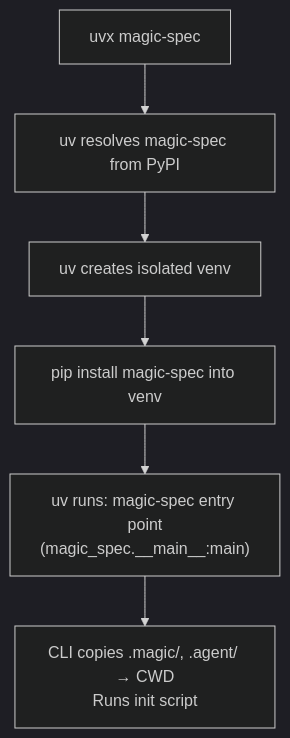
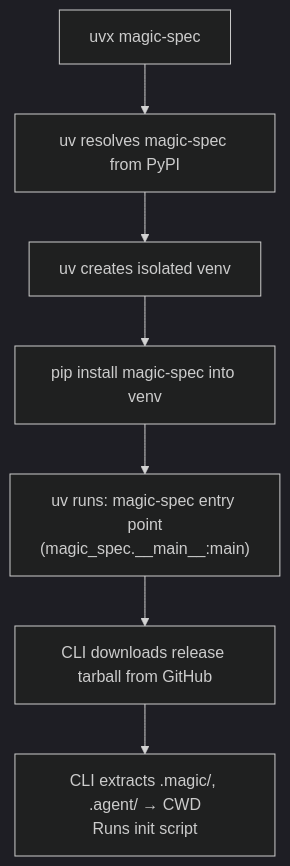
Before and after one commit to teratron/magic-spec: the first of 2 diagrams in .design/specifications/distribution-pypi.md, drawn with Mermaid (dark theme). The commit also changed other lines of this file and 11 other files, not shown here.

Commit message:
docs: introduce comprehensive design specifications for the installer, architecture, and project documentation.

````diff
--- a/.design/specifications/distribution-pypi.md
+++ b/.design/specifications/distribution-pypi.md
@@ -81,8 +89,9 @@
 ```mermaid
 graph TD
     A["uvx magic-spec"] --> B["uv resolves magic-spec from PyPI"]
     B --> C["uv creates isolated venv"]
     C --> D["pip install magic-spec into venv"]
     D --> E["uv runs: magic-spec entry point\n(magic_spec.__main__:main)"]
-    E --> F["CLI copies .magic/, .agent/ → CWD\nRuns init script"]
+    E --> F["CLI downloads release tarball from GitHub"]
+    F --> G["CLI extracts .magic/, .agent/ → CWD\nRuns init script"]
 ```
````
